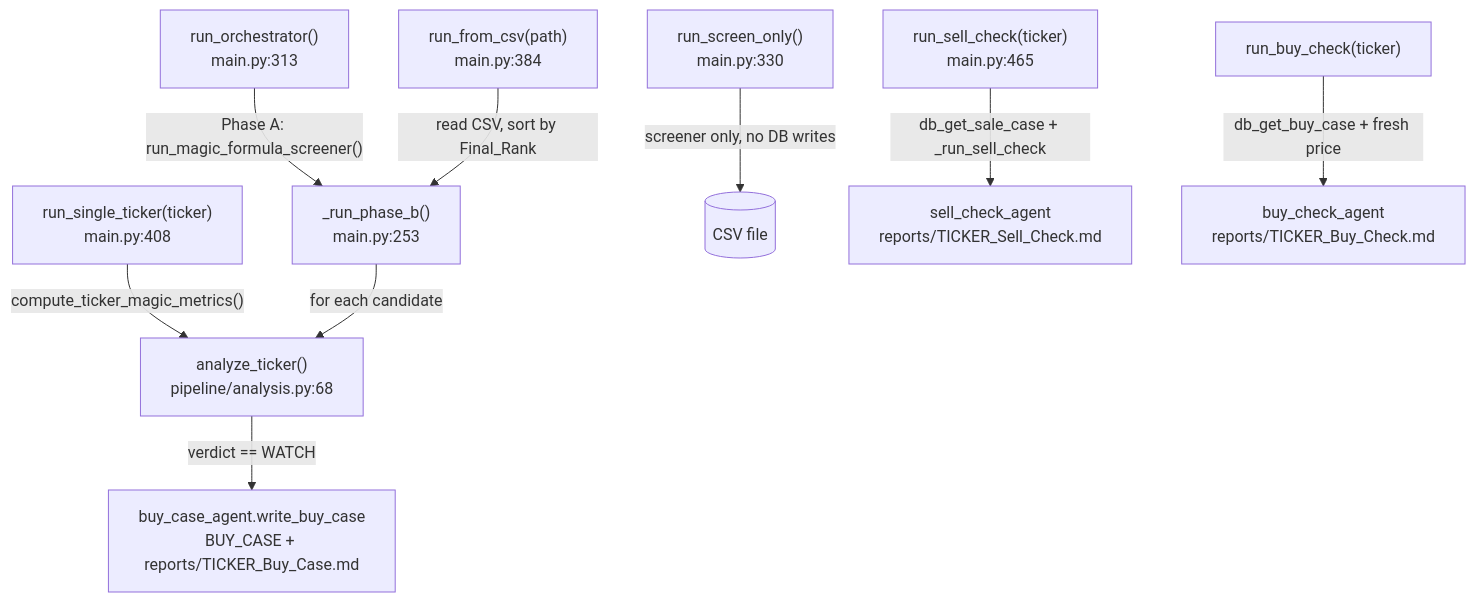
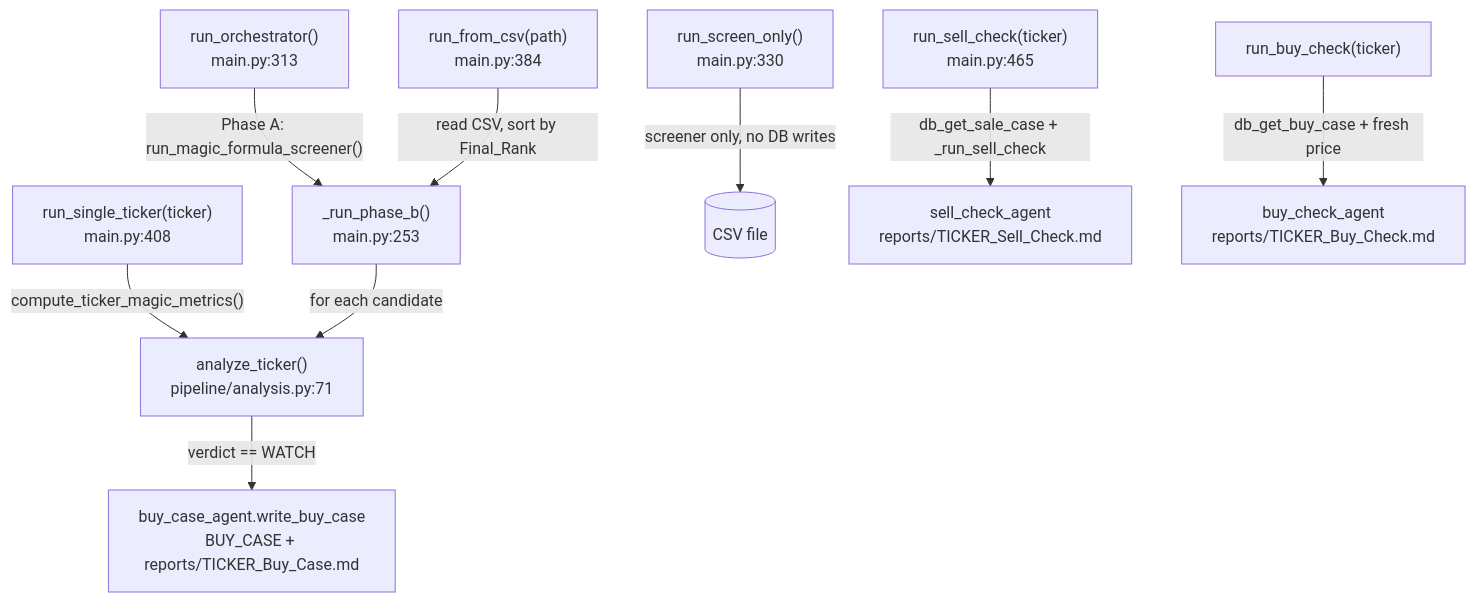
One commit to sun4github/magic-stock-picker changed the diagram in docs/01-orchestration-and-cli.md. Above: the diagram before and after it, drawn with Mermaid. The commit also changed other lines of this file and 28 other files, not shown here.

````diff
--- a/docs/01-orchestration-and-cli.md
+++ b/docs/01-orchestration-and-cli.md
@@ -161,11 +161,11 @@
 ```mermaid
 flowchart TD
     A["run_orchestrator()\nmain.py:313"] -->|"Phase A: run_magic_formula_screener()"| B["_run_phase_b()\nmain.py:253"]
     C["run_from_csv(path)\nmain.py:384"] -->|"read CSV, sort by Final_Rank"| B
-    D["run_single_ticker(ticker)\nmain.py:408"] -->|"compute_ticker_magic_metrics()"| E["analyze_ticker()\npipeline/analysis.py:68"]
+    D["run_single_ticker(ticker)\nmain.py:408"] -->|"compute_ticker_magic_metrics()"| E["analyze_ticker()\npipeline/analysis.py:71"]
     B -->|"for each candidate"| E
     F["run_screen_only()\nmain.py:330"] -->|"screener only, no DB writes"| G[("CSV file")]
     H["run_sell_check(ticker)\nmain.py:465"] -->|"db_get_sale_case + _run_sell_check"| I["sell_check_agent\nreports/TICKER_Sell_Check.md"]
     J["run_buy_check(ticker)"] -->|"db_get_buy_case + fresh price"| K["buy_check_agent\nreports/TICKER_Buy_Check.md"]
     E -->|"verdict == WATCH"| L["buy_case_agent.write_buy_case\nBUY_CASE + reports/TICKER_Buy_Case.md"]
 ```
````
